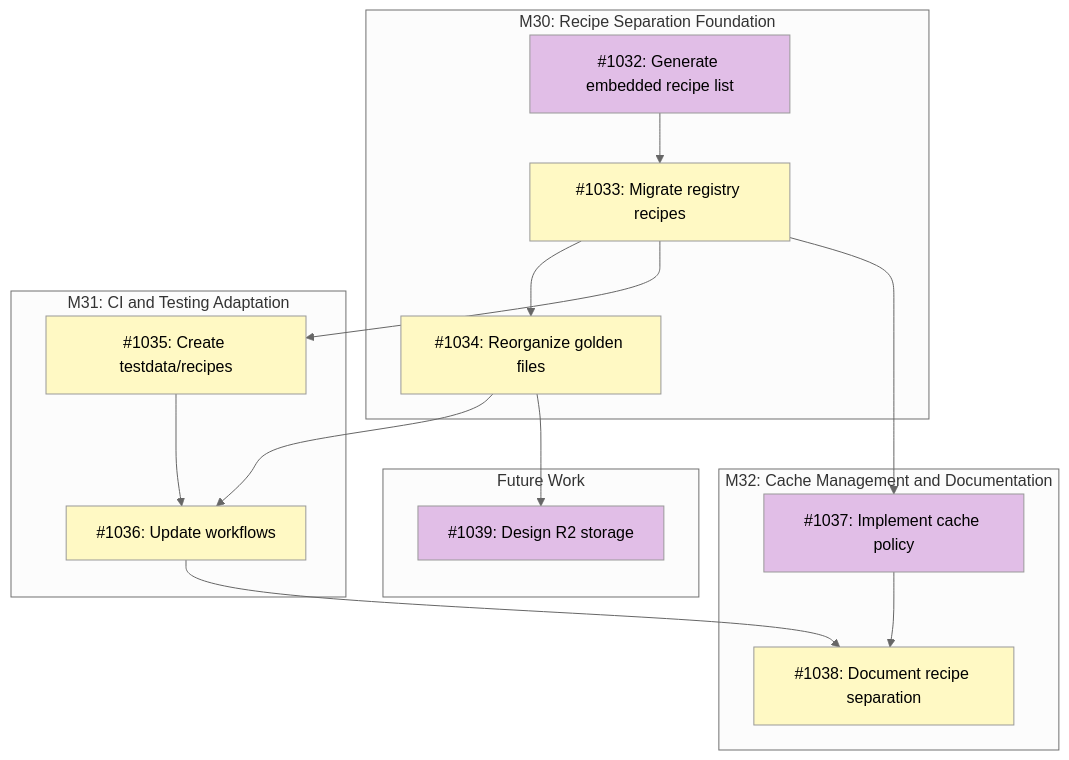
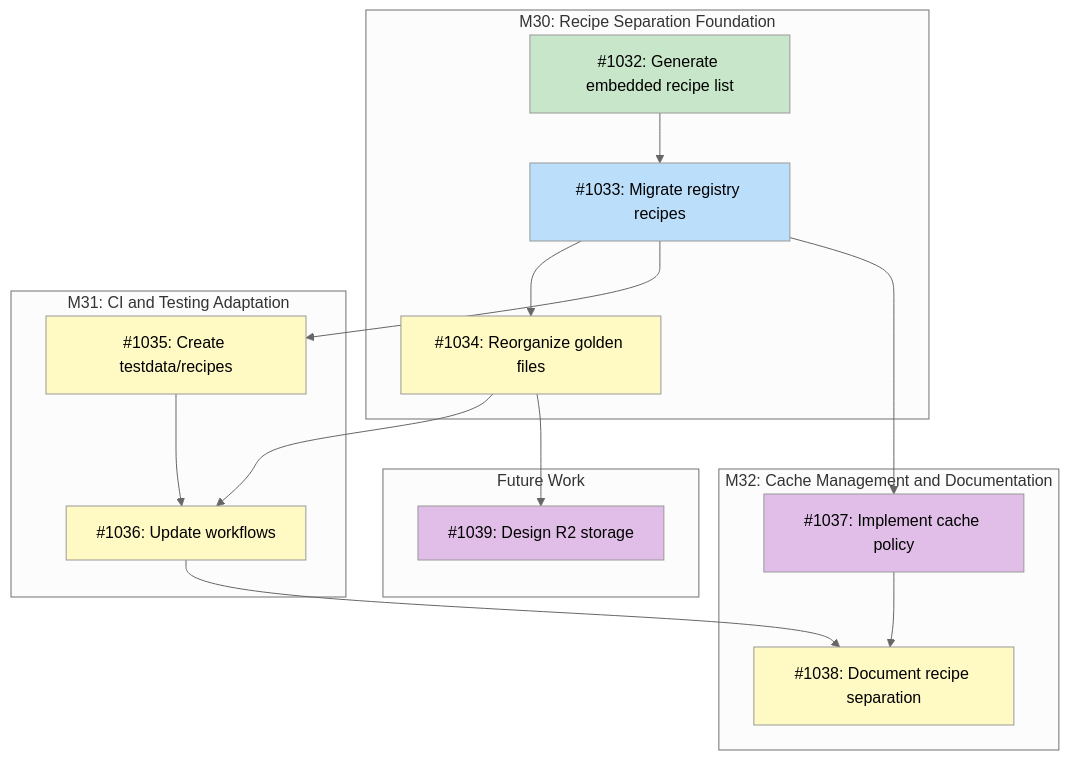
One commit to tsukumogami/tsuku changed the diagram in docs/designs/DESIGN-recipe-registry-separation.md. Above: the diagram before and after it, drawn with Mermaid (neutral theme). The commit also changed 4 other files, not shown here.

First line of the commit message:
docs(design): mark #1032 as done in parent design, clean up wip/

````diff
--- a/docs/designs/DESIGN-recipe-registry-separation.md
+++ b/docs/designs/DESIGN-recipe-registry-separation.md
@@ -46,42 +46,43 @@
 ```mermaid
 graph TD
     subgraph M30["M30: Recipe Separation Foundation"]
         I1032["#1032: Generate embedded recipe list"]
         I1033["#1033: Migrate registry recipes"]
         I1034["#1034: Reorganize golden files"]
     end
 
     subgraph M31["M31: CI and Testing Adaptation"]
         I1035["#1035: Create testdata/recipes"]
         I1036["#1036: Update workflows"]
     end
 
     subgraph M32["M32: Cache Management and Documentation"]
         I1037["#1037: Implement cache policy"]
         I1038["#1038: Document recipe separation"]
     end
 
     subgraph Future["Future Work"]
         I1039["#1039: Design R2 storage"]
     end
 
     I1032 --> I1033
     I1033 --> I1034
     I1033 --> I1035
     I1033 --> I1037
     I1034 --> I1036
     I1035 --> I1036
     I1034 --> I1039
     I1036 --> I1038
     I1037 --> I1038
 
     classDef done fill:#c8e6c9
     classDef ready fill:#bbdefb
     classDef blocked fill:#fff9c4
     classDef needsDesign fill:#e1bee7
 
-    class I1032 needsDesign
-    class I1033,I1034,I1035,I1036,I1038 blocked
+    class I1032 done
+    class I1033 ready
+    class I1034,I1035,I1036,I1038 blocked
     class I1037 needsDesign
     class I1039 needsDesign
 ```
````
